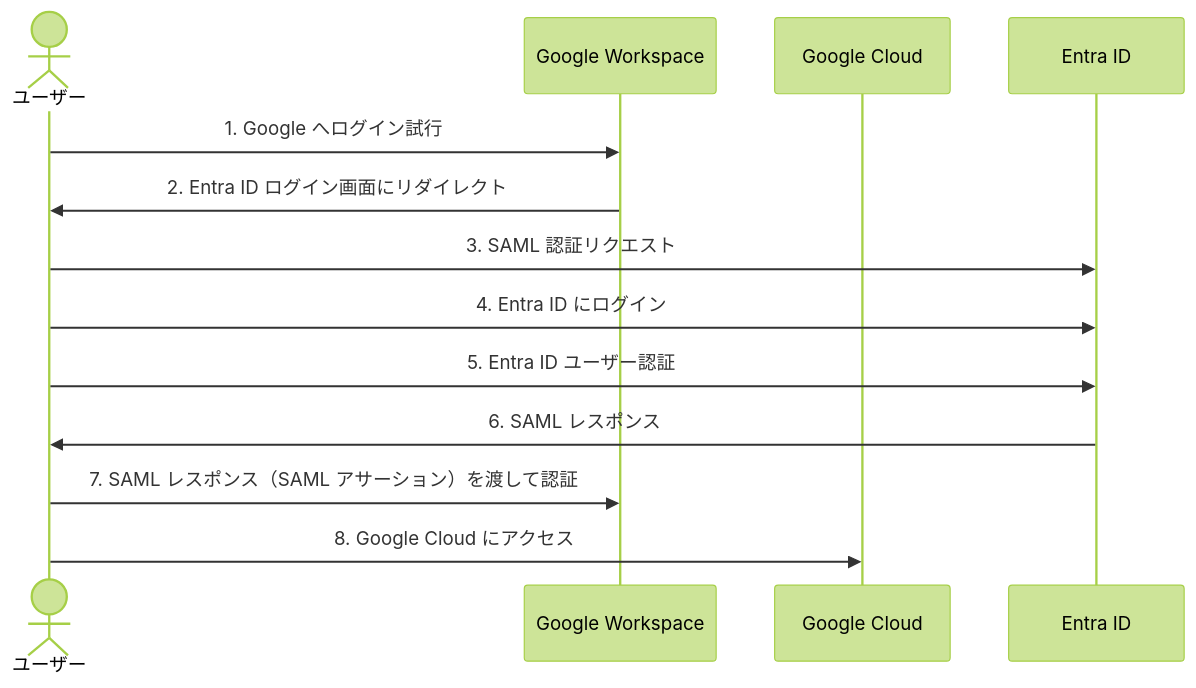
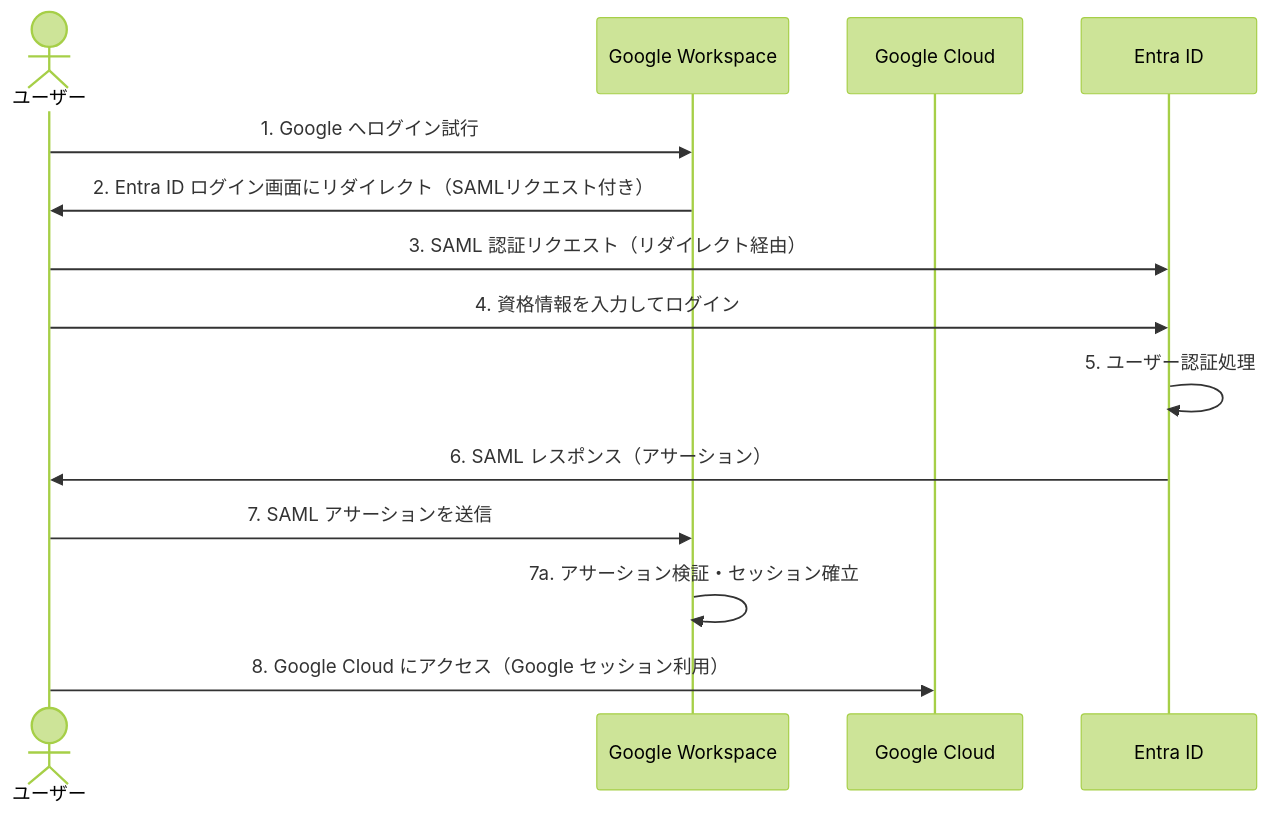
One commit to takidem/zenn-doc changed the diagram in articles/2d31a61c1fc08f.md. Above: the diagram before and after it, drawn with Mermaid (forest theme).

````diff
--- a/articles/2d31a61c1fc08f.md
+++ b/articles/2d31a61c1fc08f.md
@@ -20,16 +20,17 @@
 ```mermaid
 sequenceDiagram
     actor User as ユーザー
     participant GW as Google Workspace
     participant GD as Google Cloud
     participant EID as Entra ID
- 
+
     User->>GW: 1. Google へログイン試行
-    GW->>User: 2. Entra ID ログイン画面にリダイレクト
-    User->>EID: 3. SAML 認証リクエスト
-    User->>EID: 4. Entra ID にログイン
-    User->>EID: 5. Entra ID ユーザー認証
-    EID->>User: 6. SAML レスポンス
-    User->>GW: 7. SAML レスポンス（SAML アサーション）を渡して認証
-    User->>GD: 8. Google Cloud にアクセス
+    GW->>User: 2. Entra ID ログイン画面にリダイレクト（SAMLリクエスト付き）
+    User->>EID: 3. SAML 認証リクエスト（リダイレクト経由）
+    User->>EID: 4. 資格情報を入力してログイン
+    EID->>EID: 5. ユーザー認証処理
+    EID->>User: 6. SAML レスポンス（アサーション）
+    User->>GW: 7. SAML アサーションを送信
+    GW->>GW: 7a. アサーション検証・セッション確立
+    User->>GD: 8. Google Cloud にアクセス（Google セッション利用）
 ```
````
